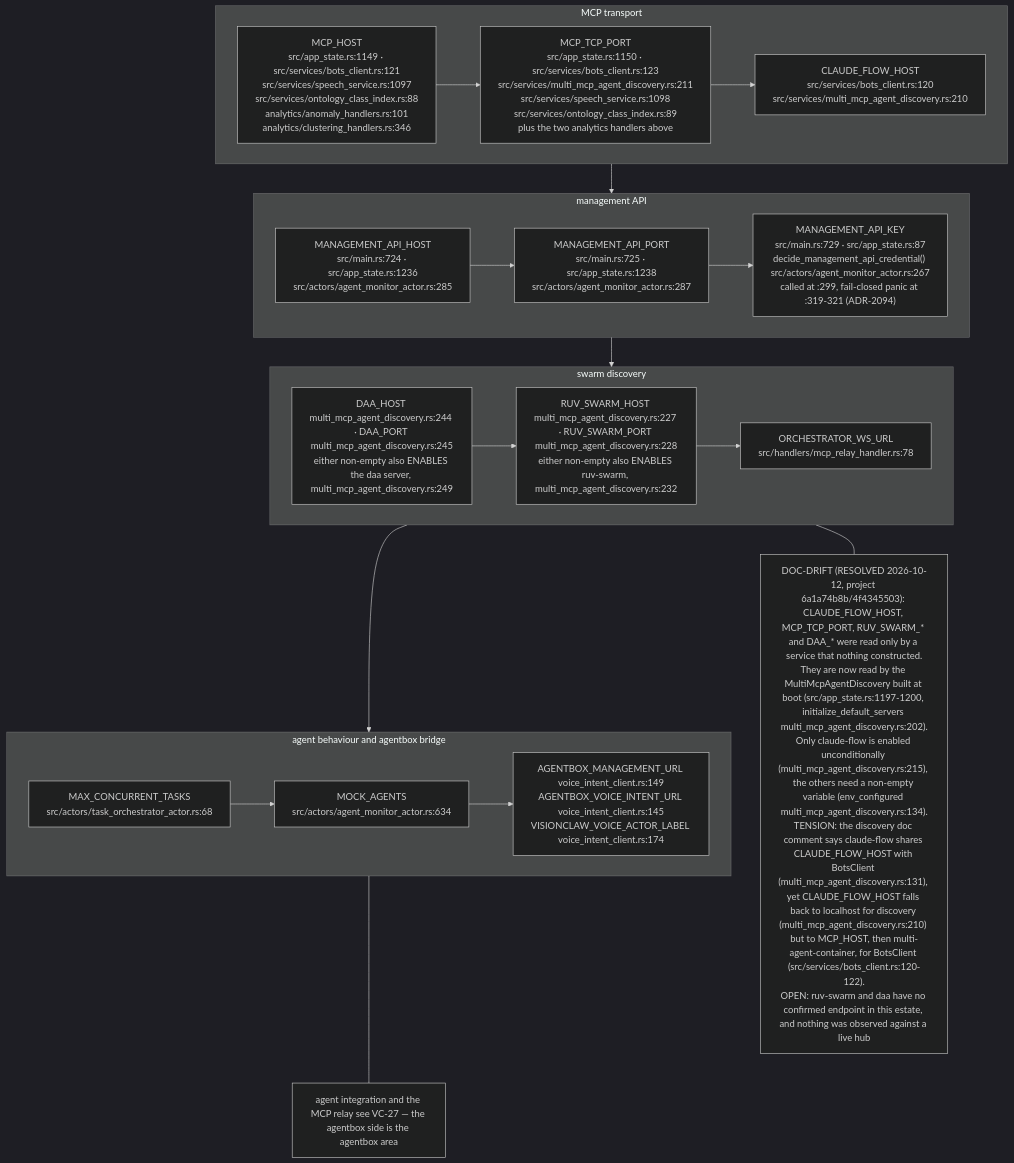
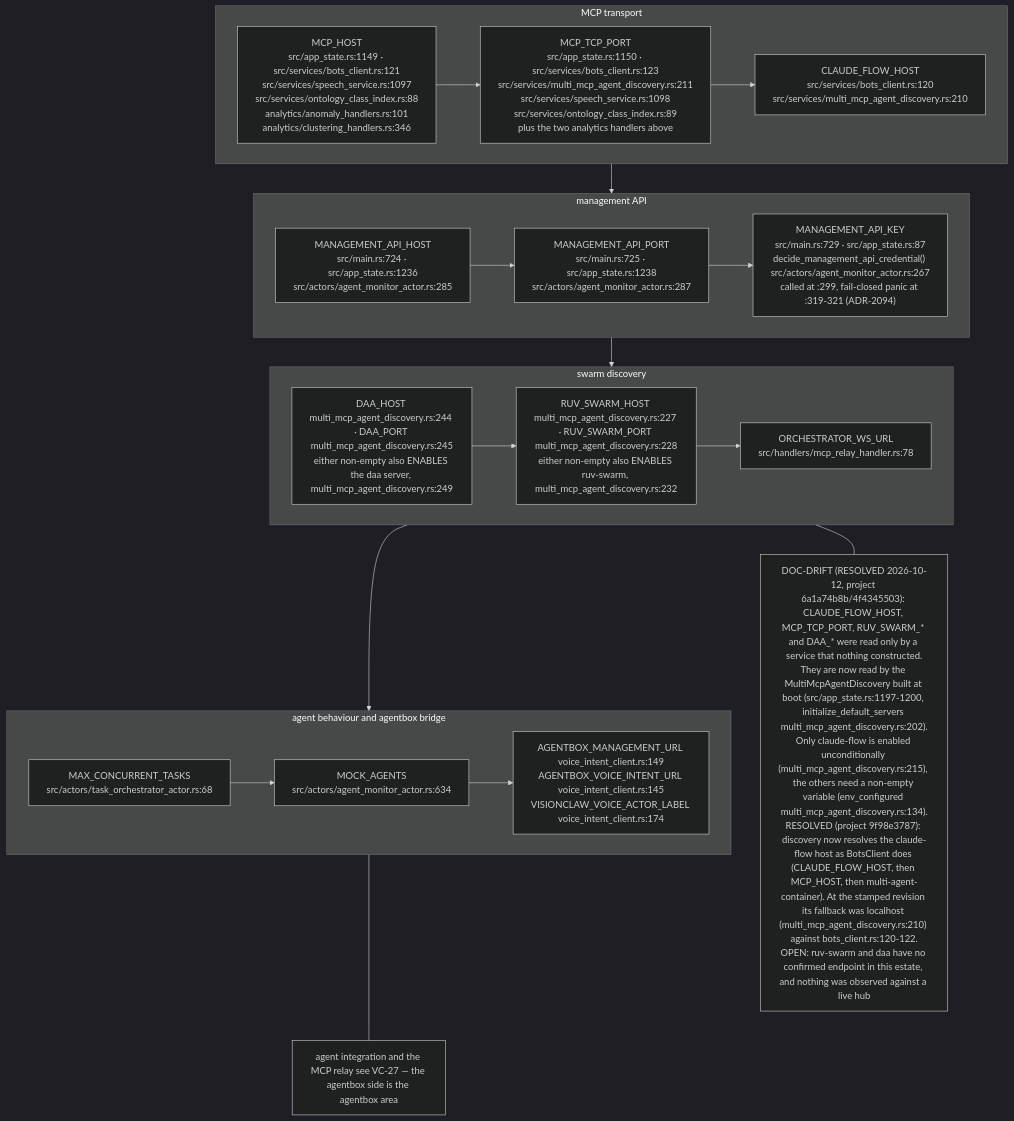
Before and after one commit to DreamLab-AI/VisionFlow: diagram 12 of 15 in docs/diagrams/visionclaw/09-config-and-env-flags.md, drawn with Mermaid (dark theme). The commit also changed 4 other files, not shown here.

Commit message:
docs(diagrams): the claude-flow host tension is resolved

````diff
--- a/docs/diagrams/visionclaw/09-config-and-env-flags.md
+++ b/docs/diagrams/visionclaw/09-config-and-env-flags.md
@@ -473,20 +473,20 @@
 ```mermaid
 flowchart TB
     subgraph MCP["MCP transport"]
         M1["MCP_HOST<br/>src/app_state.rs:1149 · src/services/bots_client.rs:121<br/>src/services/speech_service.rs:1097<br/>src/services/ontology_class_index.rs:88<br/>analytics/anomaly_handlers.rs:101<br/>analytics/clustering_handlers.rs:346"] --> M2["MCP_TCP_PORT<br/>src/app_state.rs:1150 · src/services/bots_client.rs:123<br/>src/services/multi_mcp_agent_discovery.rs:211<br/>src/services/speech_service.rs:1098<br/>src/services/ontology_class_index.rs:89<br/>plus the two analytics handlers above"] --> M3["CLAUDE_FLOW_HOST<br/>src/services/bots_client.rs:120<br/>src/services/multi_mcp_agent_discovery.rs:210"]
     end
     subgraph MGMT["management API"]
         G1["MANAGEMENT_API_HOST<br/>src/main.rs:724 · src/app_state.rs:1236<br/>src/actors/agent_monitor_actor.rs:285"] --> G2["MANAGEMENT_API_PORT<br/>src/main.rs:725 · src/app_state.rs:1238<br/>src/actors/agent_monitor_actor.rs:287"] --> G3["MANAGEMENT_API_KEY<br/>src/main.rs:729 · src/app_state.rs:87<br/>decide_management_api_credential() src/actors/agent_monitor_actor.rs:267<br/>called at :299, fail-closed panic at :319-321 (ADR-2094)"]
     end
     subgraph DISC["swarm discovery"]
         D1["DAA_HOST multi_mcp_agent_discovery.rs:244 · DAA_PORT multi_mcp_agent_discovery.rs:245<br/>either non-empty also ENABLES the daa server, multi_mcp_agent_discovery.rs:249"] --> D2["RUV_SWARM_HOST multi_mcp_agent_discovery.rs:227 · RUV_SWARM_PORT multi_mcp_agent_discovery.rs:228<br/>either non-empty also ENABLES ruv-swarm, multi_mcp_agent_discovery.rs:232"] --> D3["ORCHESTRATOR_WS_URL<br/>src/handlers/mcp_relay_handler.rs:78"]
     end
     subgraph AGENTS["agent behaviour and agentbox bridge"]
         A1["MAX_CONCURRENT_TASKS<br/>src/actors/task_orchestrator_actor.rs:68"] --> A2["MOCK_AGENTS<br/>src/actors/agent_monitor_actor.rs:634"] --> A3["AGENTBOX_MANAGEMENT_URL voice_intent_client.rs:149<br/>AGENTBOX_VOICE_INTENT_URL voice_intent_client.rs:145<br/>VISIONCLAW_VOICE_ACTOR_LABEL voice_intent_client.rs:174"]
     end
     MCP --> MGMT --> DISC --> AGENTS
-    NR["DOC-DRIFT (RESOLVED 2026-10-12, project 6a1a74b8b/4f4345503): CLAUDE_FLOW_HOST, MCP_TCP_PORT, RUV_SWARM_* and DAA_* were read only by a service that nothing constructed.<br/>They are now read by the MultiMcpAgentDiscovery built at boot (src/app_state.rs:1197-1200, initialize_default_servers multi_mcp_agent_discovery.rs:202).<br/>Only claude-flow is enabled unconditionally (multi_mcp_agent_discovery.rs:215), the others need a non-empty variable (env_configured multi_mcp_agent_discovery.rs:134).<br/>TENSION: the discovery doc comment says claude-flow shares CLAUDE_FLOW_HOST with BotsClient (multi_mcp_agent_discovery.rs:131), yet CLAUDE_FLOW_HOST falls back to localhost for discovery (multi_mcp_agent_discovery.rs:210) but to MCP_HOST, then multi-agent-container, for BotsClient (src/services/bots_client.rs:120-122).<br/>OPEN: ruv-swarm and daa have no confirmed endpoint in this estate, and nothing was observed against a live hub"]
+    NR["DOC-DRIFT (RESOLVED 2026-10-12, project 6a1a74b8b/4f4345503): CLAUDE_FLOW_HOST, MCP_TCP_PORT, RUV_SWARM_* and DAA_* were read only by a service that nothing constructed.<br/>They are now read by the MultiMcpAgentDiscovery built at boot (src/app_state.rs:1197-1200, initialize_default_servers multi_mcp_agent_discovery.rs:202).<br/>Only claude-flow is enabled unconditionally (multi_mcp_agent_discovery.rs:215), the others need a non-empty variable (env_configured multi_mcp_agent_discovery.rs:134).<br/>RESOLVED (project 9f98e3787): discovery now resolves the claude-flow host as BotsClient does (CLAUDE_FLOW_HOST, then MCP_HOST, then multi-agent-container). At the stamped revision its fallback was localhost (multi_mcp_agent_discovery.rs:210) against bots_client.rs:120-122.<br/>OPEN: ruv-swarm and daa have no confirmed endpoint in this estate, and nothing was observed against a live hub"]
     DISC --- NR
     N["agent integration and the MCP relay see VC-27 — the agentbox side is the agentbox area"]
     AGENTS --- N
 ```
````
